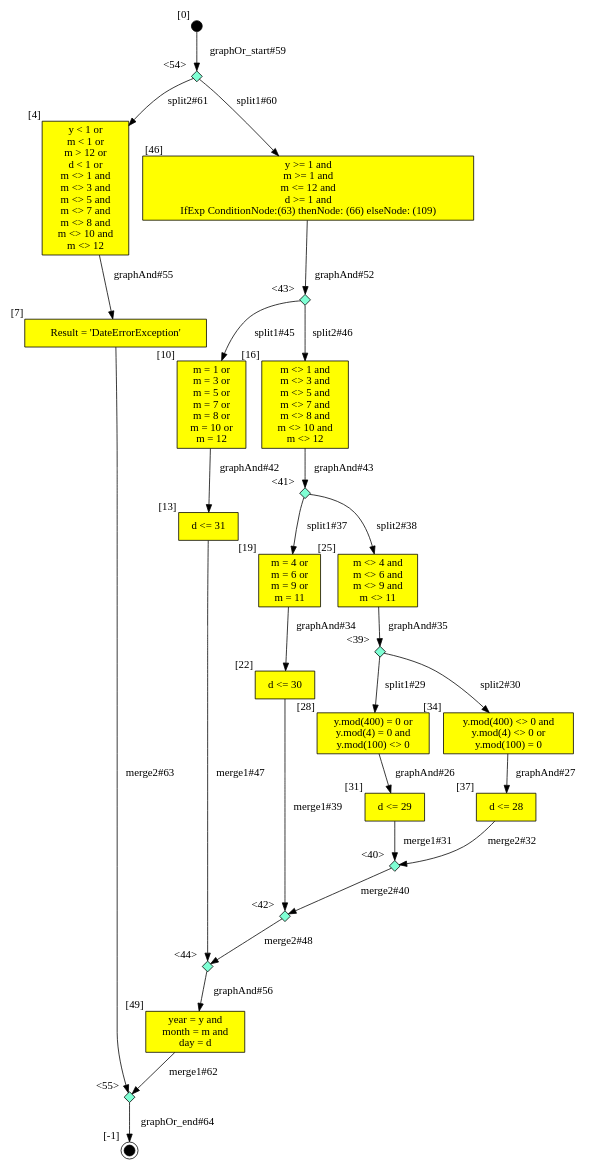
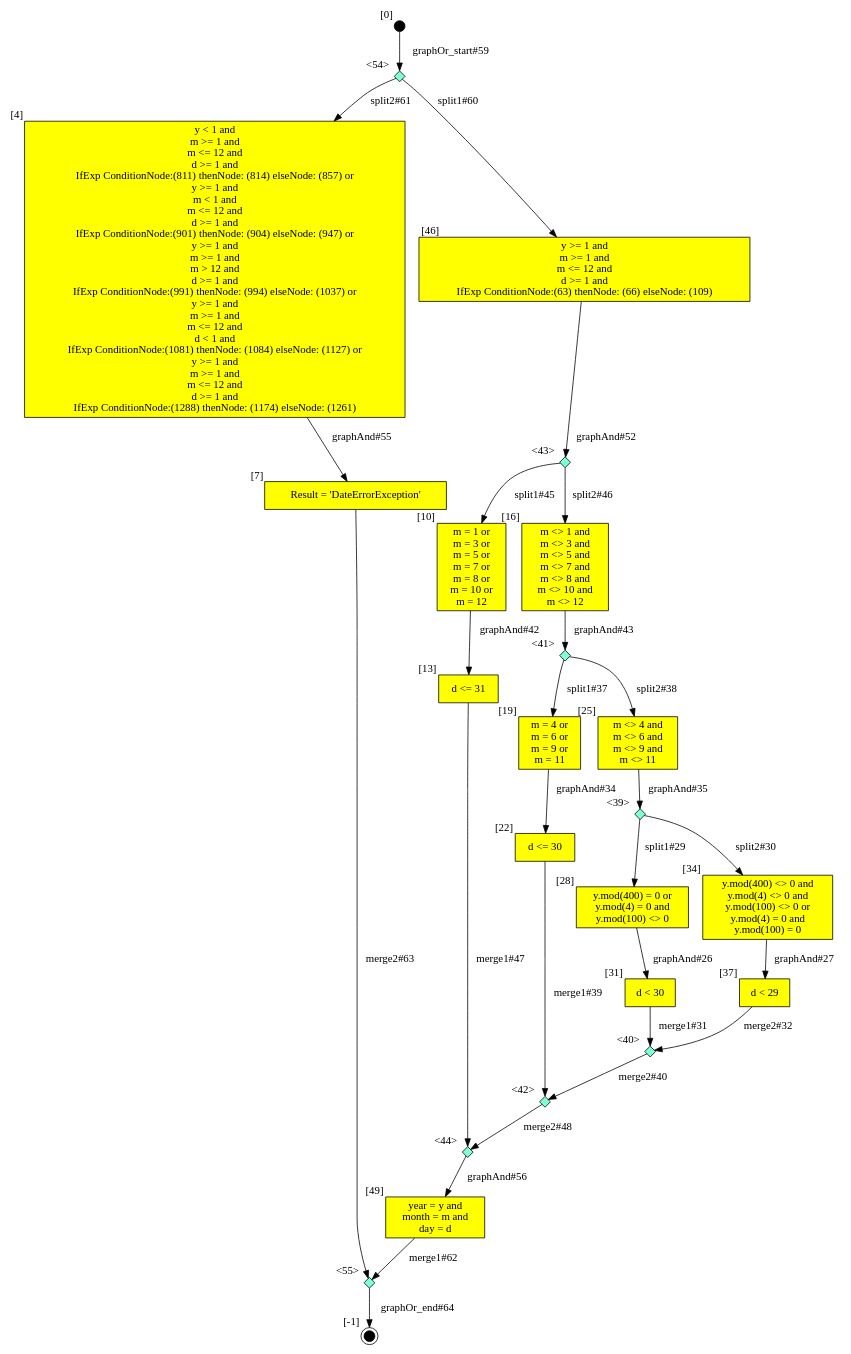
The diagram in output/CLG/Date/tcgen_Date_Date_DC.dot (SamHseih/ocl-testcase-generator), drawn with Graphviz before and after one commit. The commit also changed 2175 other files, not shown here.

```diff
--- a/output/CLG/Date/tcgen_Date_Date_DC.dot
+++ b/output/CLG/Date/tcgen_Date_Date_DC.dot
@@ -1,100 +1,116 @@
 digraph CLG {
-  4 [shape="box", label="y < 1 or
-m < 1 or
-m > 12 or
-d < 1 or
-m <> 1 and
-m <> 3 and
-m <> 5 and
-m <> 7 and
-m <> 8 and
-m <> 10 and
-m <> 12
+  4 [shape="box", label="y < 1 and
+m >= 1 and
+m <= 12 and
+d >= 1 and
+IfExp ConditionNode:(811) thenNode: (814) elseNode: (857) or
+y >= 1 and
+m < 1 and
+m <= 12 and
+d >= 1 and
+IfExp ConditionNode:(901) thenNode: (904) elseNode: (947) or
+y >= 1 and
+m >= 1 and
+m > 12 and
+d >= 1 and
+IfExp ConditionNode:(991) thenNode: (994) elseNode: (1037) or
+y >= 1 and
+m >= 1 and
+m <= 12 and
+d < 1 and
+IfExp ConditionNode:(1081) thenNode: (1084) elseNode: (1127) or
+y >= 1 and
+m >= 1 and
+m <= 12 and
+d >= 1 and
+IfExp ConditionNode:(1288) thenNode: (1174) elseNode: (1261)
 ", style=filled, fillcolor=yellow, xlabel="[4]"];
   7 [shape="box", label="Result = 'DateErrorException'", style=filled, fillcolor=yellow, xlabel="[7]"];
   8 [style=filled, fillcolor=black, shape="doublecircle", label="", fixedsize=true, width=.2, height=.2, xlabel="[-1]"];
   10 [shape="box", label="m = 1 or
 m = 3 or
 m = 5 or
 m = 7 or
 m = 8 or
 m = 10 or
 m = 12
 ", style=filled, fillcolor=yellow, xlabel="[10]"];
   13 [shape="box", label="d <= 31", style=filled, fillcolor=yellow, xlabel="[13]"];
   16 [shape="box", label="m <> 1 and
 m <> 3 and
 m <> 5 and
 m <> 7 and
 m <> 8 and
 m <> 10 and
 m <> 12
 ", style=filled, fillcolor=yellow, xlabel="[16]"];
   19 [shape="box", label="m = 4 or
 m = 6 or
 m = 9 or
 m = 11
 ", style=filled, fillcolor=yellow, xlabel="[19]"];
   22 [shape="box", label="d <= 30", style=filled, fillcolor=yellow, xlabel="[22]"];
   25 [shape="box", label="m <> 4 and
 m <> 6 and
 m <> 9 and
 m <> 11
 ", style=filled, fillcolor=yellow, xlabel="[25]"];
   28 [shape="box", label="y.mod(400) = 0 or
 y.mod(4) = 0 and
 y.mod(100) <> 0
 ", style=filled, fillcolor=yellow, xlabel="[28]"];
-  31 [shape="box", label="d <= 29", style=filled, fillcolor=yellow, xlabel="[31]"];
+  31 [shape="box", label="d < 30", style=filled, fillcolor=yellow, xlabel="[31]"];
   34 [shape="box", label="y.mod(400) <> 0 and
-y.mod(4) <> 0 or
+y.mod(4) <> 0 and
+y.mod(100) <> 0 or
+y.mod(4) = 0 and
 y.mod(100) = 0
 ", style=filled, fillcolor=yellow, xlabel="[34]"];
-  37 [shape="box", label="d <= 28", style=filled, fillcolor=yellow, xlabel="[37]"];
+  37 [shape="box", label="d < 29", style=filled, fillcolor=yellow, xlabel="[37]"];
   39 [shape="diamond", label="", xlabel="<39>", style=filled, fillcolor=aquamarine, fixedsize=true, width=.2, height=.2];
   40 [shape="diamond", label="", xlabel="<40>", style=filled, fillcolor=aquamarine, fixedsize=true, width=.2, height=.2];
   41 [shape="diamond", label="", xlabel="<41>", style=filled, fillcolor=aquamarine, fixedsize=true, width=.2, height=.2];
   42 [shape="diamond", label="", xlabel="<42>", style=filled, fillcolor=aquamarine, fixedsize=true, width=.2, height=.2];
   43 [shape="diamond", label="", xlabel="<43>", style=filled, fillcolor=aquamarine, fixedsize=true, width=.2, height=.2];
   44 [shape="diamond", label="", xlabel="<44>", style=filled, fillcolor=aquamarine, fixedsize=true, width=.2, height=.2];
   45 [style=filled, fillcolor=black, shape="circle", label="", fixedsize=true, width=.2, height=.2, xlabel="[0]"];
   46 [shape="box", label="y >= 1 and
 m >= 1 and
 m <= 12 and
 d >= 1 and
 IfExp ConditionNode:(63) thenNode: (66) elseNode: (109)
 ", style=filled, fillcolor=yellow, xlabel="[46]"];
   49 [shape="box", label="year = y and
 month = m and
 day = d
 ", style=filled, fillcolor=yellow, xlabel="[49]"];
   54 [shape="diamond", label="", xlabel="<54>", style=filled, fillcolor=aquamarine, fixedsize=true, width=.2, height=.2];
   55 [shape="diamond", label="", xlabel="<55>", style=filled, fillcolor=aquamarine, fixedsize=true, width=.2, height=.2];
   55 -> 8[label="graphOr_end#64"];
   28 -> 31[label="graphAnd#26"];
   34 -> 37[label="graphAnd#27"];
   39 -> 28[label="split1#29"];
   39 -> 34[label="split2#30"];
   31 -> 40[label="merge1#31"];
   37 -> 40[label="merge2#32"];
   19 -> 22[label="graphAnd#34"];
   25 -> 39[label="graphAnd#35"];
   41 -> 19[label="split1#37"];
   41 -> 25[label="split2#38"];
   22 -> 42[label="merge1#39"];
   40 -> 42[label="merge2#40"];
   10 -> 13[label="graphAnd#42"];
   16 -> 41[label="graphAnd#43"];
   43 -> 10[label="split1#45"];
   43 -> 16[label="split2#46"];
   13 -> 44[label="merge1#47"];
   42 -> 44[label="merge2#48"];
   46 -> 43[label="graphAnd#52"];
   4 -> 7[label="graphAnd#55"];
   44 -> 49[label="graphAnd#56"];
   45 -> 54[label="graphOr_start#59"];
   54 -> 46[label="split1#60"];
   54 -> 4[label="split2#61"];
   49 -> 55[label="merge1#62"];
   7 -> 55[label="merge2#63"];
 }
```
